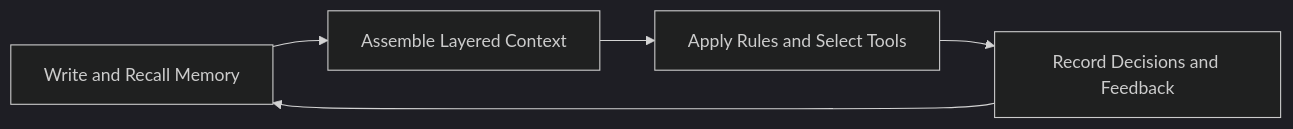
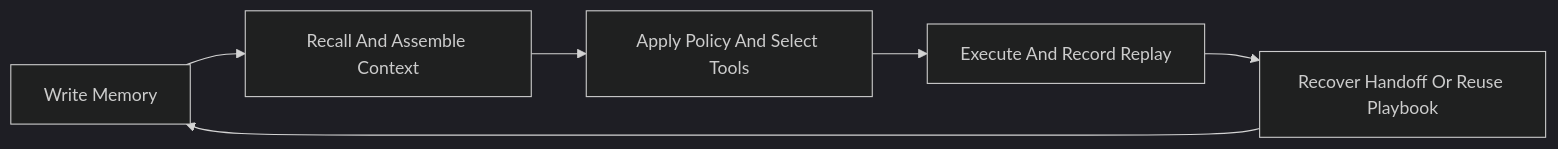
One commit to Cognary/Aionis changed the diagram in docs/public/en/about/02-aionis-onepage.md. Above: the diagram before and after it, drawn with Mermaid (dark theme). The commit also changed other lines of this file and 34 other files, not shown here.

````diff
--- a/docs/public/en/about/02-aionis-onepage.md
+++ b/docs/public/en/about/02-aionis-onepage.md
@@ -22,7 +56,8 @@
 ```mermaid
 flowchart LR
-  A["Write and Recall Memory"] --> B["Assemble Layered Context"]
-  B --> C["Apply Rules and Select Tools"]
-  C --> D["Record Decisions and Feedback"]
-  D --> A
+  A["Write Memory"] --> B["Recall And Assemble Context"]
+  B --> C["Apply Policy And Select Tools"]
+  C --> D["Execute And Record Replay"]
+  D --> E["Recover Handoff Or Reuse Playbook"]
+  E --> A
 ```
````
